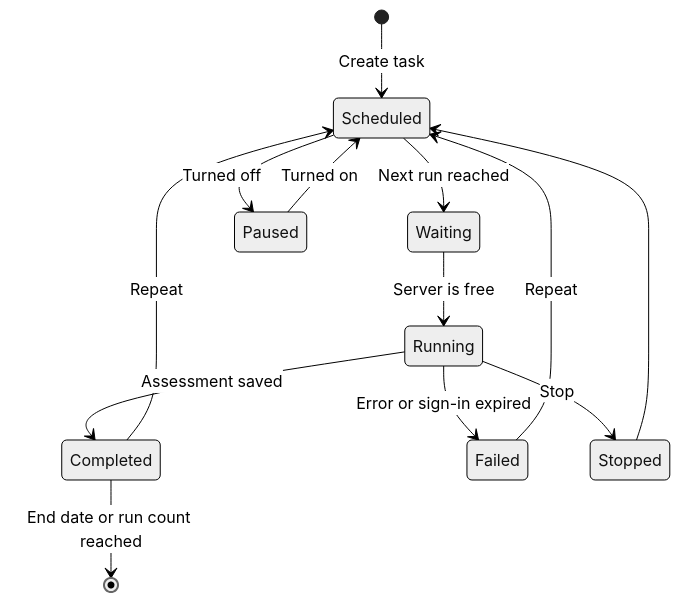
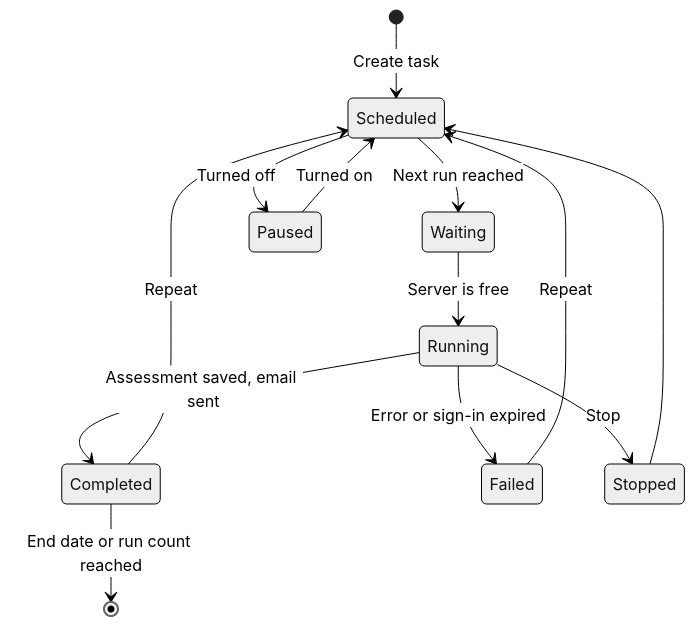
Before and after one commit to MarcoFekry/RoboMate-CloudAutomation: the ninth of 13 diagrams in README.md, drawn with Mermaid (neutral theme). The commit also changed other lines of this file, not shown here.

````diff
--- a/README.md
+++ b/README.md
@@ -579,15 +534,15 @@
 ```mermaid
 stateDiagram-v2
     [*] --> Scheduled: Create task
     Scheduled --> Waiting: Next run reached
     Waiting --> Running: Server is free
-    Running --> Completed: Assessment saved
+    Running --> Completed: Assessment saved, email sent
     Running --> Failed: Error or sign-in expired
     Running --> Stopped: Stop
     Completed --> Scheduled: Repeat
     Failed --> Scheduled: Repeat
     Stopped --> Scheduled
     Scheduled --> Paused: Turned off
     Paused --> Scheduled: Turned on
     Completed --> [*]: End date or run count reached
 ```
````
